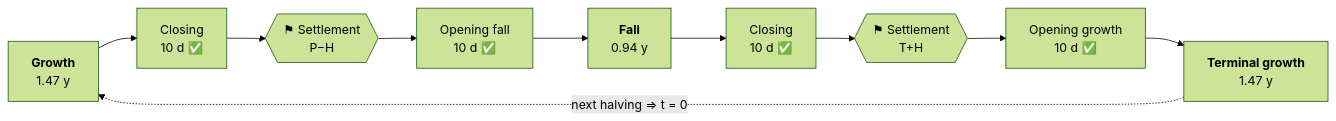
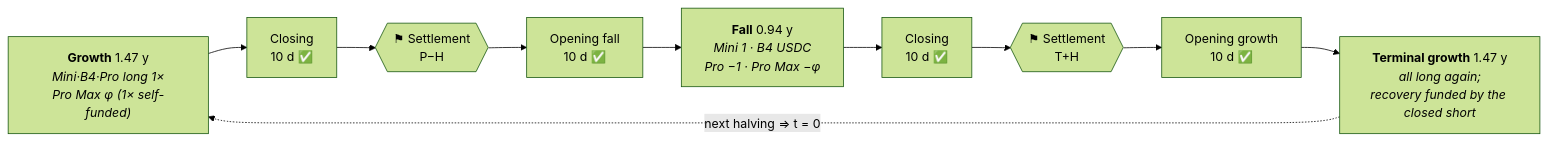
One commit to gvakhrushev/b4_core changed the second of 2 diagrams in README.md. Above: the diagram before and after it, drawn with Mermaid (forest theme). The commit also changed other lines of this file, not shown here.

First line of the commit message:
docs(readme): benchmark first, full architecture diagram, the rest compressed

````diff
--- a/README.md
+++ b/README.md
@@ -138,15 +231,15 @@
 ```mermaid
 flowchart LR
-    G["<b>Growth</b><br/>1.47 y"]
+    G["<b>Growth</b> 1.47 y<br/><i>Mini·B4·Pro long 1×<br/>Pro Max φ (1× self-funded)</i>"]
     CG["Closing<br/>10 d ✅"]
     S1{{"⚑ Settlement<br/>P−H"}}
     OF["Opening fall<br/>10 d ✅"]
-    F["<b>Fall</b><br/>0.94 y"]
+    F["<b>Fall</b> 0.94 y<br/><i>Mini 1 · B4 USDC<br/>Pro −1 · Pro Max −φ</i>"]
     CF["Closing<br/>10 d ✅"]
     S2{{"⚑ Settlement<br/>T+H"}}
     OG["Opening growth<br/>10 d ✅"]
-    TG["<b>Terminal growth</b><br/>1.47 y"]
+    TG["<b>Terminal growth</b> 1.47 y<br/><i>all long again;<br/>recovery funded by the closed short</i>"]
 
     G --> CG --> S1 --> OF --> F --> CF --> S2 --> OG --> TG
     TG -. "next halving ⇒ t = 0" .-> G
 ```
````
